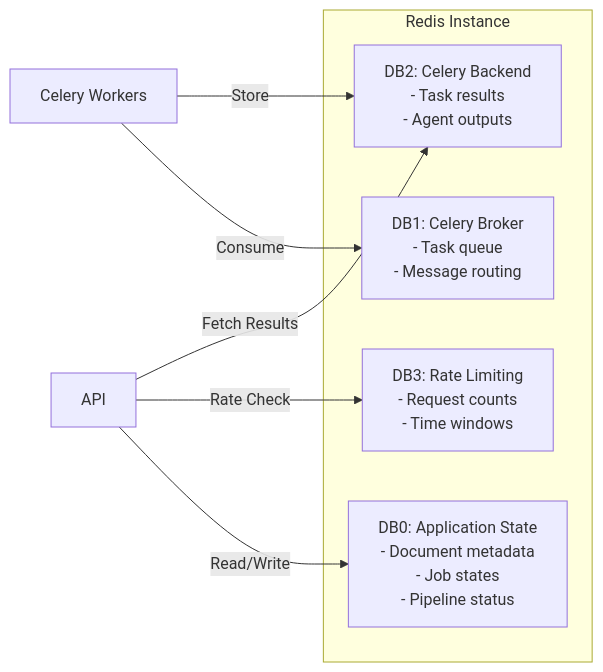
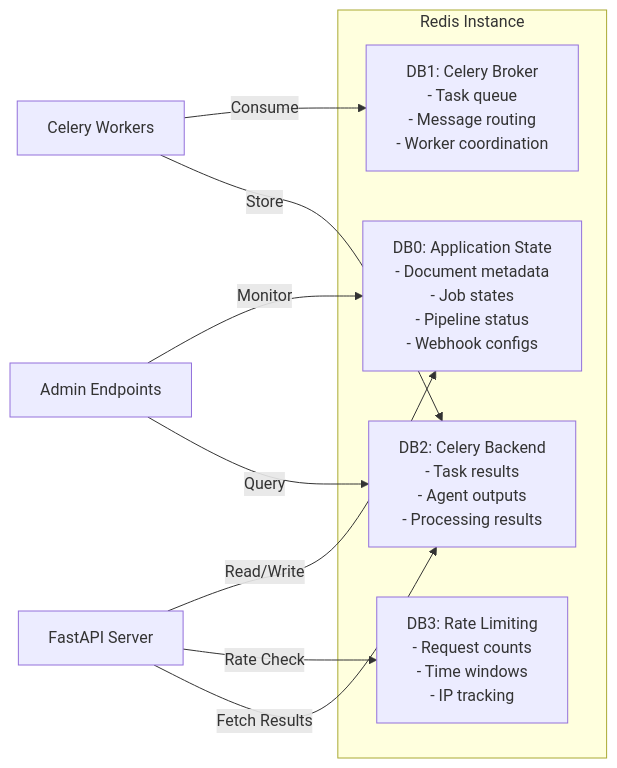
Before and after one commit to Tony363/document-ingestion-agent: the third of 4 diagrams in README.md, drawn with Mermaid. The commit also changed other lines of this file and 1 other file, not shown here.

````diff
--- a/README.md
+++ b/README.md
@@ -130,15 +186,17 @@
 ```mermaid
 graph LR
     subgraph "Redis Instance"
-        DB0[DB0: Application State<br/>- Document metadata<br/>- Job states<br/>- Pipeline status]
-        DB1[DB1: Celery Broker<br/>- Task queue<br/>- Message routing]
-        DB2[DB2: Celery Backend<br/>- Task results<br/>- Agent outputs]
-        DB3[DB3: Rate Limiting<br/>- Request counts<br/>- Time windows]
+        DB0[DB0: Application State<br/>- Document metadata<br/>- Job states<br/>- Pipeline status<br/>- Webhook configs]
+        DB1[DB1: Celery Broker<br/>- Task queue<br/>- Message routing<br/>- Worker coordination]
+        DB2[DB2: Celery Backend<br/>- Task results<br/>- Agent outputs<br/>- Processing results]
+        DB3[DB3: Rate Limiting<br/>- Request counts<br/>- Time windows<br/>- IP tracking]
     end
 
-    API -->|Read/Write| DB0
+    API[FastAPI Server] -->|Read/Write| DB0
     API -->|Rate Check| DB3
     CW[Celery Workers] -->|Consume| DB1
     CW -->|Store| DB2
     API -->|Fetch Results| DB2
+    ADMIN[Admin Endpoints] -->|Monitor| DB0
+    ADMIN -->|Query| DB2
 ```
````
